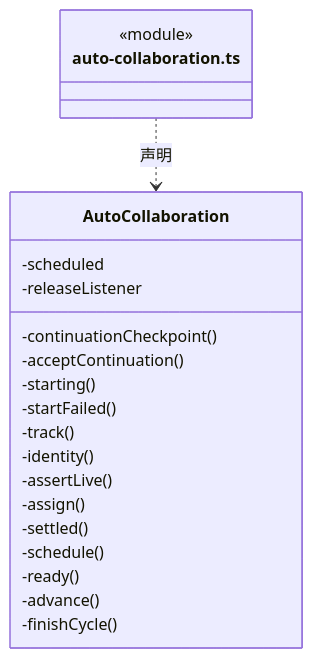
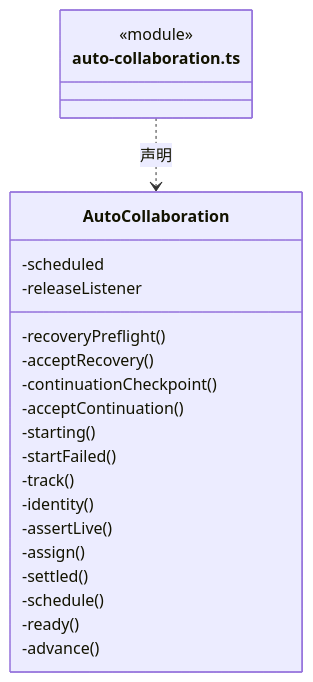
Before and after one commit to nan023062/cbim: the third of 36 diagrams in src/backend/scheduler-engine/execution/ARCHITECTURE.md, drawn with Mermaid. The commit also changed other lines of this file and 65 other files, not shown here.

````diff
--- a/src/backend/scheduler-engine/execution/ARCHITECTURE.md
+++ b/src/backend/scheduler-engine/execution/ARCHITECTURE.md
@@ -113,24 +115,25 @@
 ```mermaid
 classDiagram
 class N_src_backend_scheduler_engine_execution_auto_collaboration_ts["auto-collaboration.ts"] {
   <<module>>
 }
 class N_src_backend_scheduler_engine_execution_auto_collaboration_ts_AutoCollaboration["AutoCollaboration"] {
   -scheduled
   -releaseListener
+  -recoveryPreflight()
+  -acceptRecovery()
   -continuationCheckpoint()
   -acceptContinuation()
   -starting()
   -startFailed()
   -track()
   -identity()
   -assertLive()
   -assign()
   -settled()
   -schedule()
   -ready()
   -advance()
-  -finishCycle()
 }
 N_src_backend_scheduler_engine_execution_auto_collaboration_ts ..> N_src_backend_scheduler_engine_execution_auto_collaboration_ts_AutoCollaboration : 声明
 ```
````
